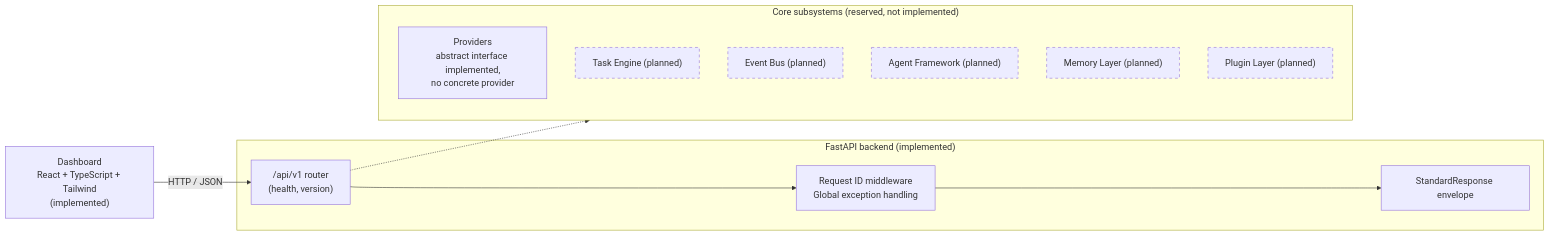
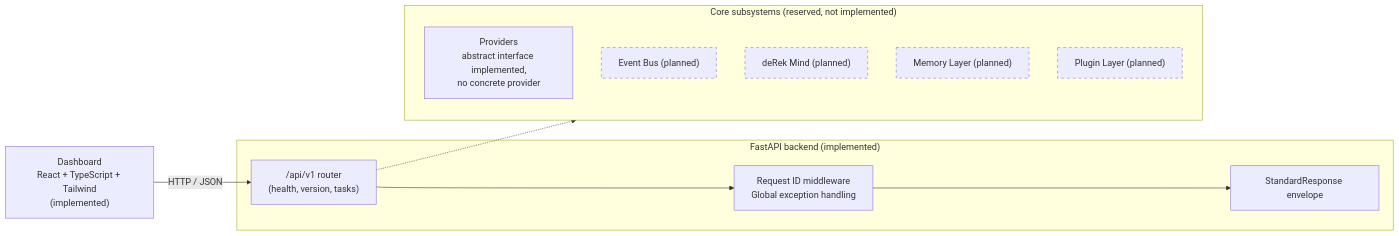
Before and after one commit to rg61590-afk/deRek-ai-os: the second of 2 diagrams in README.md, drawn with Mermaid. The commit also changed other lines of this file and 29 other files, not shown here.

Commit message:
feat: complete Sprint 2 task engine and runtime modernization

````diff
--- a/README.md
+++ b/README.md
@@ -204,27 +187,26 @@
 ```mermaid
 flowchart LR
     Dashboard["Dashboard\nReact + TypeScript + Tailwind\n(implemented)"]
 
     subgraph API["FastAPI backend (implemented)"]
-        Router["/api/v1 router\n(health, version)"]
+        Router["/api/v1 router\n(health, version, tasks)"]
         Middleware["Request ID middleware\nGlobal exception handling"]
         Envelope["StandardResponse envelope"]
     end
 
     subgraph Kernel["Core subsystems (reserved, not implemented)"]
         Providers["Providers\nabstract interface implemented,\nno concrete provider"]
-        Tasks["Task Engine (planned)"]
         Events["Event Bus (planned)"]
-        Agents["Agent Framework (planned)"]
+        deRekMind["deRek Mind (planned)"]
         Memory["Memory Layer (planned)"]
         Plugins["Plugin Layer (planned)"]
     end
 
     Dashboard -->|"HTTP / JSON"| Router
     Router --> Middleware
     Middleware --> Envelope
     Router -.-> Kernel
 
     classDef planned stroke-dasharray: 5 5;
-    class Tasks,Events,Agents,Memory,Plugins planned;
+    class Events,deRekMind,Memory,Plugins planned;
 ```
````
